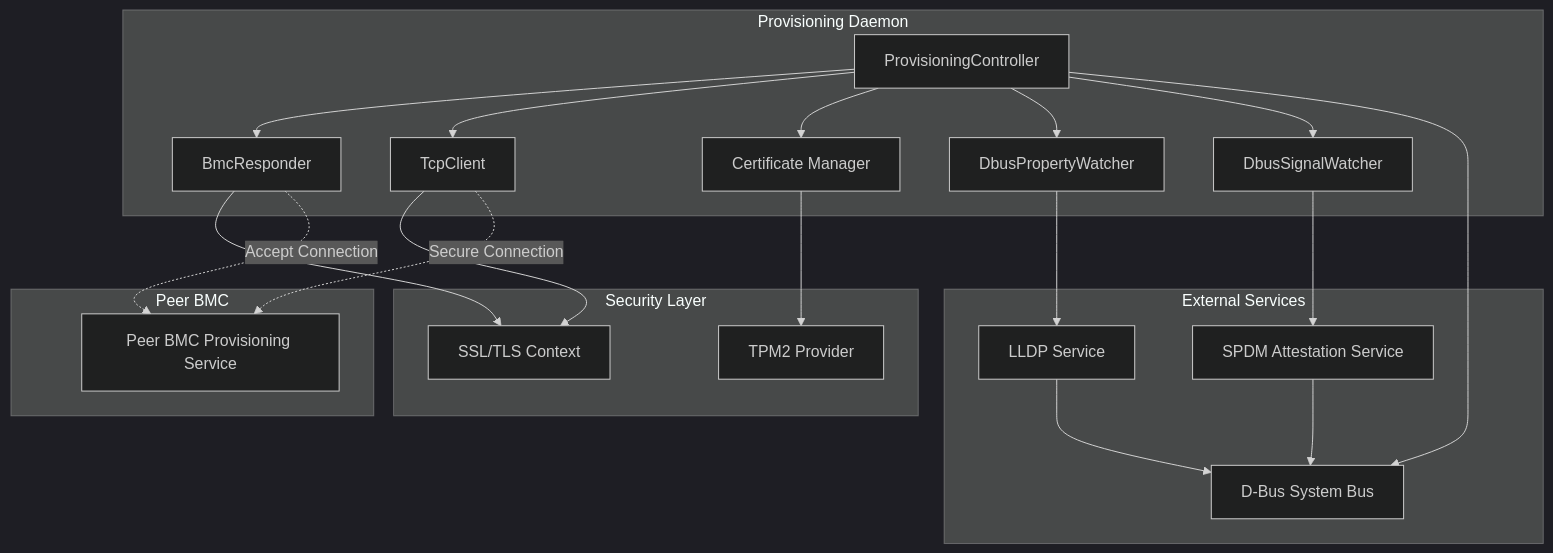
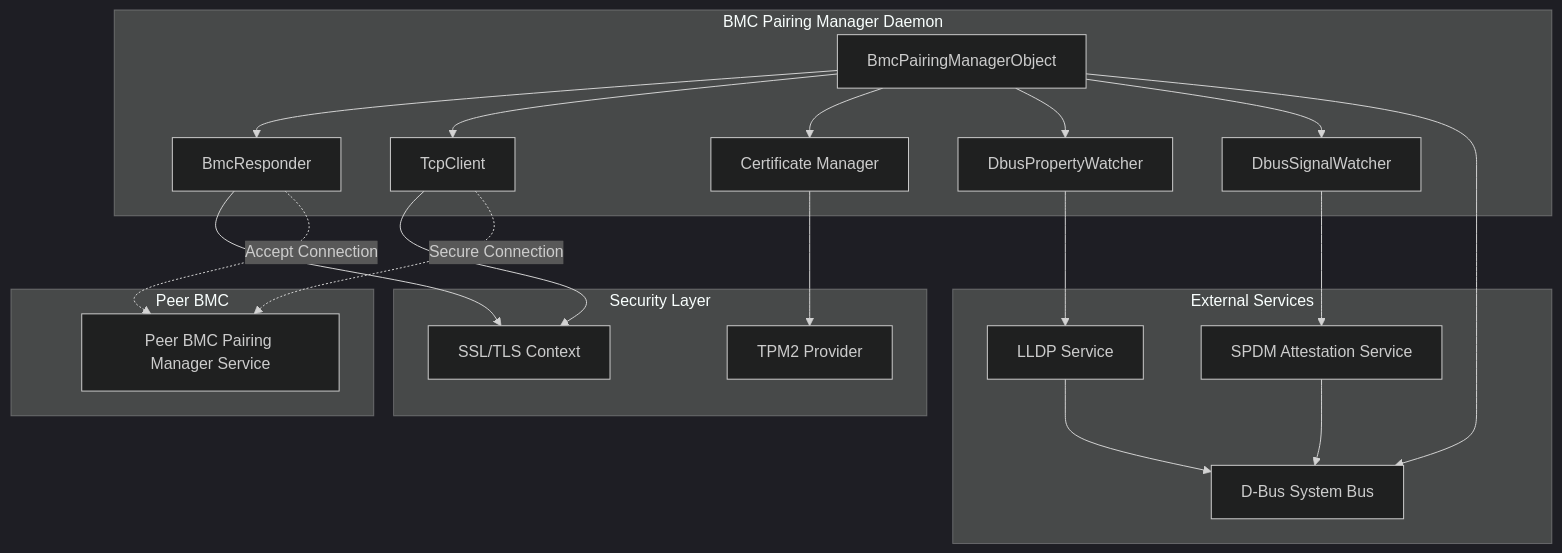
The first of 4 diagrams in README.md (ibm-openbmc/bmc-pairing-manager), drawn with Mermaid (dark theme) before and after one commit. The commit also changed other lines of this file and 2 other files, not shown here.

First line of the commit message:
bmc-pairing-manager: Rename ProvisioningController to BmcPairingManagerObject

````diff
--- a/README.md
+++ b/README.md
@@ -59,46 +62,46 @@
 ```mermaid
 graph TB
-    subgraph "Provisioning Daemon"
-        PC[ProvisioningController]
+    subgraph "BMC Pairing Manager Daemon"
+        PC[BmcPairingManagerObject]
         BR[BmcResponder]
         TC[TcpClient]
         CM[Certificate Manager]
         DPW[DbusPropertyWatcher]
         DSW[DbusSignalWatcher]
     end
     
     subgraph "External Services"
         LLDP[LLDP Service]
         SPDM[SPDM Attestation Service]
         DBUS[D-Bus System Bus]
     end
     
     subgraph "Security Layer"
         TPM[TPM2 Provider]
         SSL[SSL/TLS Context]
     end
     
     subgraph "Peer BMC"
-        PEER[Peer BMC Provisioning Service]
+        PEER[Peer BMC Pairing Manager Service]
     end
     
     PC --> BR
     PC --> TC
     PC --> CM
     PC --> DPW
     PC --> DSW
     
     DPW --> LLDP
     DSW --> SPDM
     PC --> DBUS
     
     CM --> TPM
     BR --> SSL
     TC --> SSL
     
     TC -.->|Secure Connection| PEER
     BR -.->|Accept Connection| PEER
     
     LLDP --> DBUS
     SPDM --> DBUS
 ```
````
